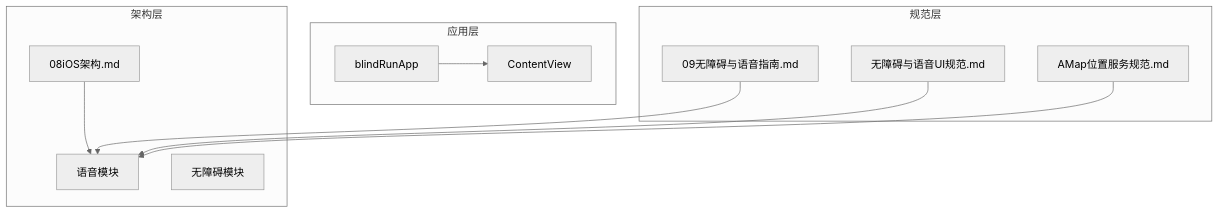
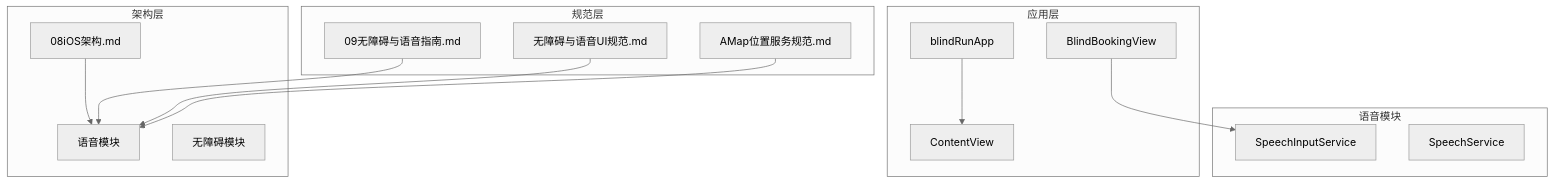
Before and after one commit to Jayden23018/blind-run-ios: the first of 7 diagrams in .qoder/repowiki/zh/content/开发指南/编码规范与最佳实践/无障碍开发规范/语音输入集成.md, drawn with Mermaid (neutral theme). The commit also changed other lines of this file and 14 other files, not shown here.

Commit message:
Improve blind runner booking map and speech input flows

````diff
--- a/.qoder/repowiki/zh/content/开发指南/编码规范与最佳实践/无障碍开发规范/语音输入集成.md
+++ b/.qoder/repowiki/zh/content/开发指南/编码规范与最佳实践/无障碍开发规范/语音输入集成.md
@@ -34,22 +41,28 @@
 ```mermaid
 graph TB
 subgraph "应用层"
 App[blindRunApp]
 ContentView[ContentView]
+BlindBookingView[BlindBookingView]
+end
+subgraph "语音模块"
+SpeechInputService[SpeechInputService]
+SpeechService[SpeechService]
 end
 subgraph "架构层"
 Architecture[08iOS架构.md]
 VoiceModule[语音模块]
 Accessibility[无障碍模块]
 end
 subgraph "规范层"
 VoiceGuidelines[09无障碍与语音指南.md]
 VoiceUI[无障碍与语音UI规范.md]
 LocationSpec[AMap位置服务规范.md]
 end
 App --> ContentView
+BlindBookingView --> SpeechInputService
 Architecture --> VoiceModule
 VoiceGuidelines --> VoiceModule
 VoiceUI --> VoiceModule
 LocationSpec --> VoiceModule
 ```
````
